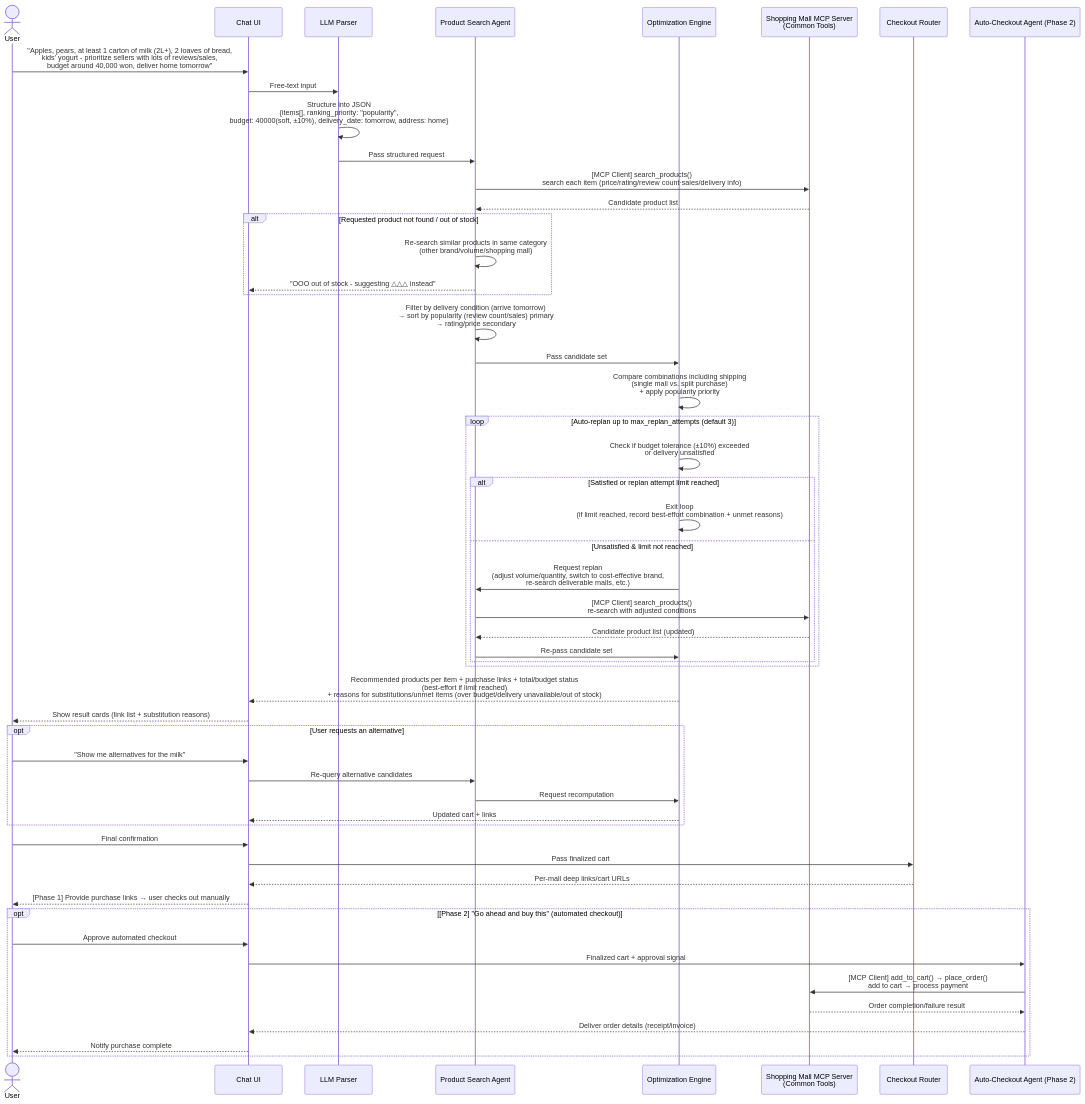
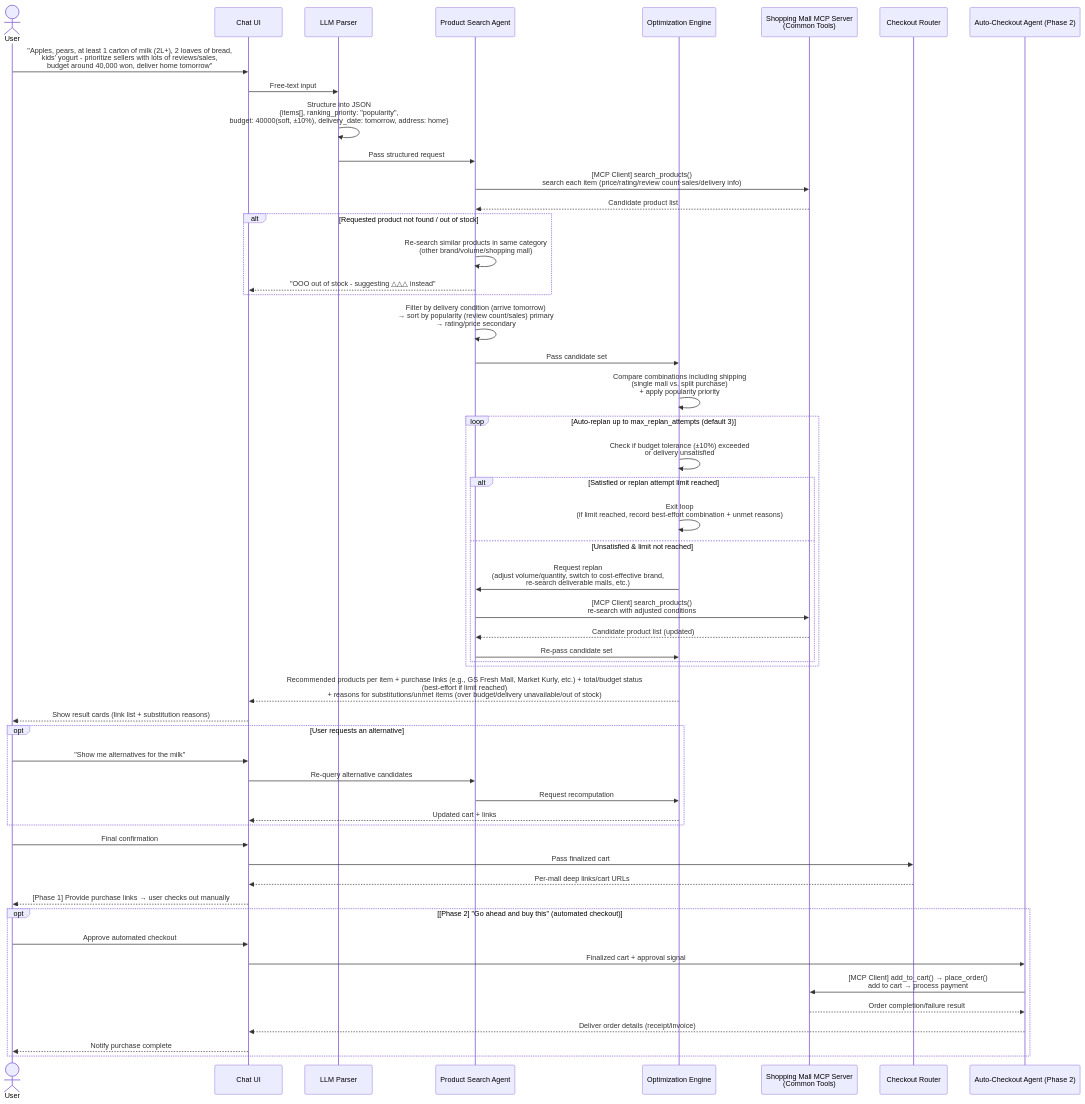
Before and after one commit to ace19-dev/SmartCart_Agent: the fourth of 4 diagrams in README.en.md, drawn with Mermaid. The commit also changed 5 other files, not shown here.

Commit message:
Add GS Fresh Mall as example mall in sequence diagram result

````diff
--- a/README.en.md
+++ b/README.en.md
@@ -261,63 +261,63 @@
 ```mermaid
 sequenceDiagram
     actor User
     participant UI as Chat UI
     participant Parser as LLM Parser
     participant Search as Product Search Agent
     participant Optimizer as Optimization Engine
     participant Mall as Shopping Mall MCP Server<br/>(Common Tools)
     participant Router as Checkout Router
     participant Purchase as Auto-Checkout Agent (Phase 2)
 
     User->>UI: "Apples, pears, at least 1 carton of milk (2L+), 2 loaves of bread,<br/>kids' yogurt - prioritize sellers with lots of reviews/sales,<br/>budget around 40,000 won, deliver home tomorrow"
     UI->>Parser: Free-text input
     Parser->>Parser: Structure into JSON<br/>{items[], ranking_priority: "popularity",<br/>budget: 40000(soft, ±10%), delivery_date: tomorrow, address: home}
     Parser->>Search: Pass structured request
     Search->>Mall: [MCP Client] search_products()<br/>search each item (price/rating/review count·sales/delivery info)
     Mall-->>Search: Candidate product list
 
     alt Requested product not found / out of stock
         Search->>Search: Re-search similar products in same category<br/>(other brand/volume/shopping mall)
         Search-->>UI: "OOO out of stock - suggesting △△△ instead"
     end
 
     Search->>Search: Filter by delivery condition (arrive tomorrow)<br/>→ sort by popularity (review count/sales) primary<br/>→ rating/price secondary
     Search->>Optimizer: Pass candidate set
     Optimizer->>Optimizer: Compare combinations including shipping<br/>(single mall vs. split purchase)<br/>+ apply popularity priority
 
     loop Auto-replan up to max_replan_attempts (default 3)
         Optimizer->>Optimizer: Check if budget tolerance (±10%) exceeded<br/>or delivery unsatisfied
         alt Satisfied or replan attempt limit reached
             Optimizer->>Optimizer: Exit loop<br/>(if limit reached, record best-effort combination + unmet reasons)
         else Unsatisfied & limit not reached
             Optimizer->>Search: Request replan<br/>(adjust volume/quantity, switch to cost-effective brand,<br/>re-search deliverable malls, etc.)
             Search->>Mall: [MCP Client] search_products()<br/>re-search with adjusted conditions
             Mall-->>Search: Candidate product list (updated)
             Search->>Optimizer: Re-pass candidate set
         end
     end
 
-    Optimizer-->>UI: Recommended products per item + purchase links + total/budget status<br/>(best-effort if limit reached)<br/>+ reasons for substitutions/unmet items (over budget/delivery unavailable/out of stock)
+    Optimizer-->>UI: Recommended products per item + purchase links (e.g., GS Fresh Mall, Market Kurly, etc.) + total/budget status<br/>(best-effort if limit reached)<br/>+ reasons for substitutions/unmet items (over budget/delivery unavailable/out of stock)
     UI-->>User: Show result cards (link list + substitution reasons)
 
     opt User requests an alternative
         User->>UI: "Show me alternatives for the milk"
         UI->>Search: Re-query alternative candidates
         Search->>Optimizer: Request recomputation
         Optimizer-->>UI: Updated cart + links
     end
 
     User->>UI: Final confirmation
     UI->>Router: Pass finalized cart
     Router-->>UI: Per-mall deep links/cart URLs
     UI-->>User: [Phase 1] Provide purchase links → user checks out manually
 
     opt [Phase 2] "Go ahead and buy this" (automated checkout)
         User->>UI: Approve automated checkout
         UI->>Purchase: Finalized cart + approval signal
         Purchase->>Mall: [MCP Client] add_to_cart() → place_order()<br/>add to cart → process payment
         Mall-->>Purchase: Order completion/failure result
         Purchase-->>UI: Deliver order details (receipt/invoice)
         UI-->>User: Notify purchase complete
     end
 ```
````
